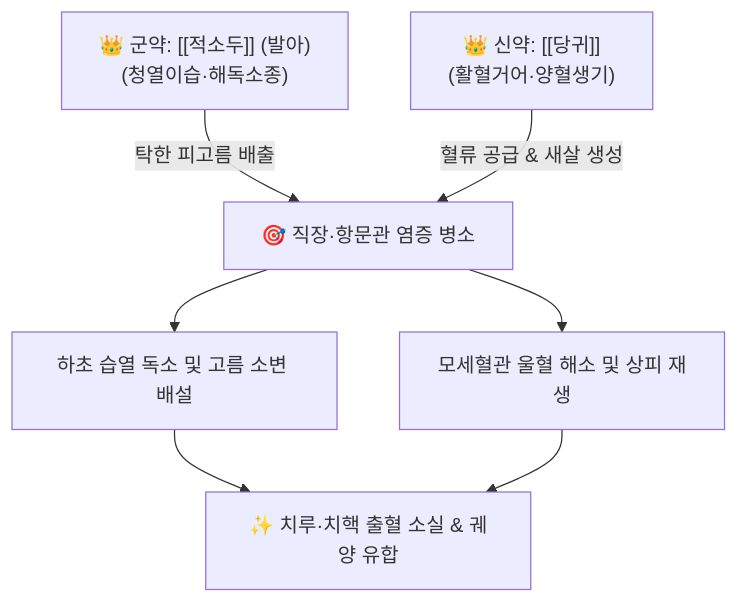
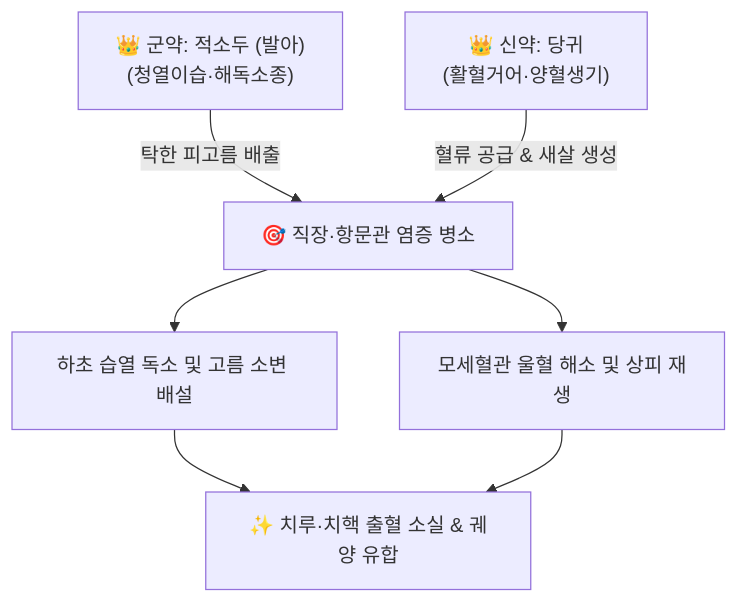
Before and after one commit to simbio11/simbio-digital-garden2: the diagram in content/2. 약리 공부/처방/05_활혈거어·지혈제/적소두당귀산.md, drawn with Mermaid. The commit also changed other lines of this file and 105 other files, not shown here.

````diff
--- a/content/2. 약리 공부/처방/05_활혈거어·지혈제/적소두당귀산.md
+++ b/content/2. 약리 공부/처방/05_활혈거어·지혈제/적소두당귀산.md
@@ -57,9 +59,9 @@
 ```mermaid
 graph TD
-    A["👑 군약: [[적소두]] (발아)<br>(청열이습·해독소종)"] -->|탁한 피고름 배출| E["🎯 직장·항문관 염증 병소"]
-    B["👑 신약: [[당귀]]<br>(활혈거어·양혈생기)"] -->|혈류 공급 & 새살 생성| E
+    A["👑 군약: 적소두 (발아)<br>(청열이습·해독소종)"] -->|탁한 피고름 배출| E["🎯 직장·항문관 염증 병소"]
+    B["👑 신약: 당귀<br>(활혈거어·양혈생기)"] -->|혈류 공급 & 새살 생성| E
     E --> Action1["하초 습열 독소 및 고름 소변 배설"]
     E --> Action2["모세혈관 울혈 해소 및 상피 재생"]
     Action1 --> Outcome["✨ 치루·치핵 출혈 소실 & 궤양 유합"]
     Action2 --> Outcome
 ```
````
